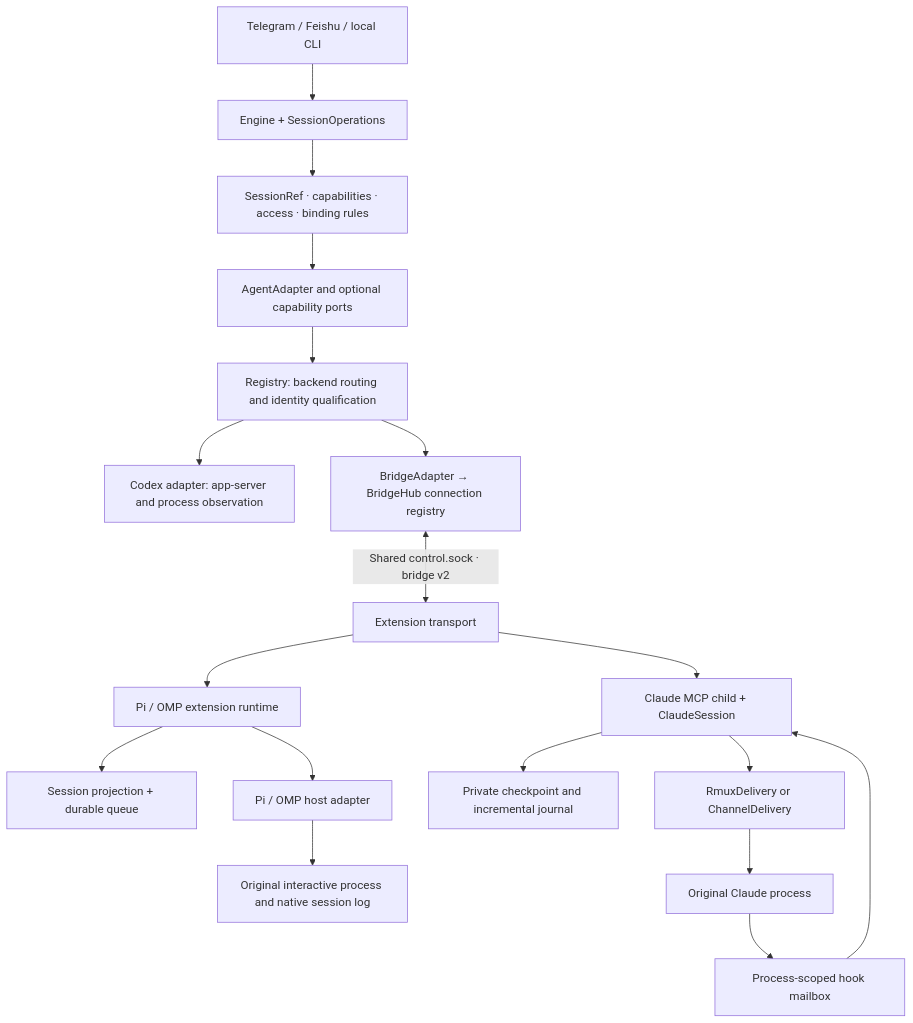
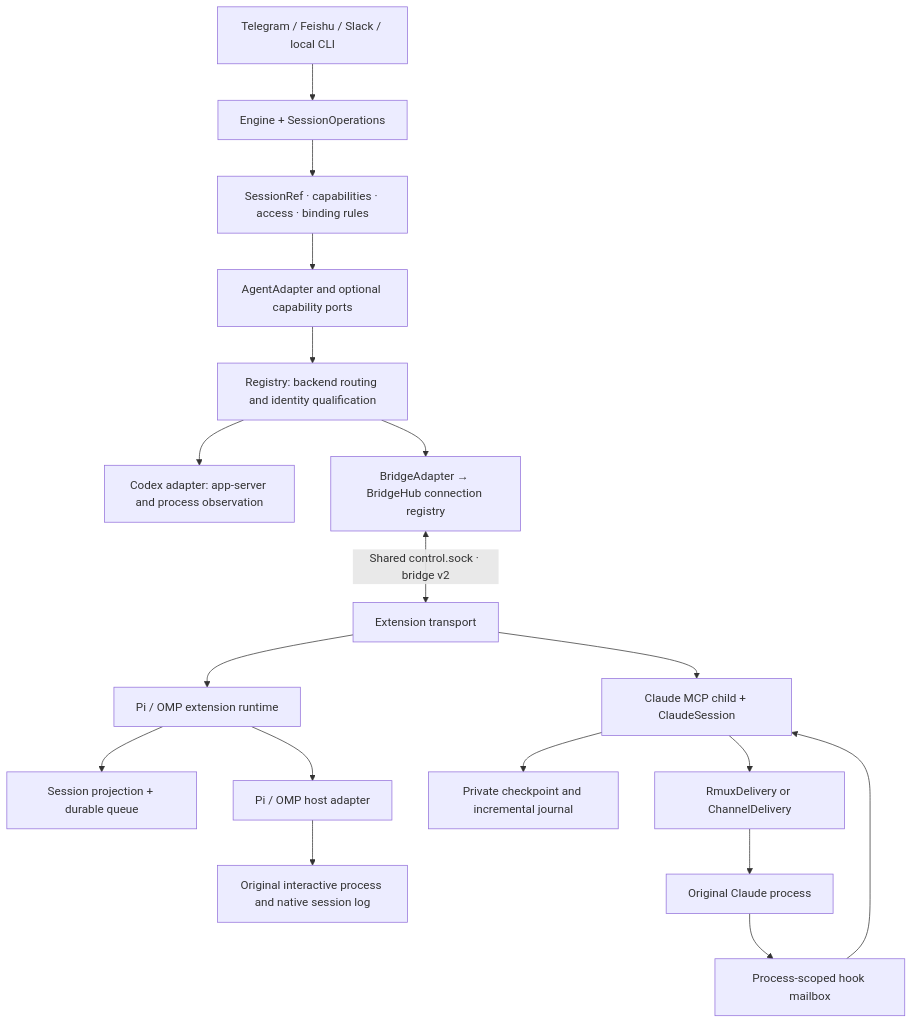
One commit to tenfyzhong/agentix changed the second of 4 diagrams in docs/architecture.md. Above: the diagram before and after it, drawn with Mermaid. The commit also changed other lines of this file and 65 other files, not shown here.

````diff
--- a/docs/architecture.md
+++ b/docs/architecture.md
@@ -74,20 +74,20 @@
 ```mermaid
 flowchart TB
-    UI["Telegram / Feishu / local CLI"] --> APP["Engine + SessionOperations"]
+    UI["Telegram / Feishu / Slack / local CLI"] --> APP["Engine + SessionOperations"]
     APP --> DOMAIN["SessionRef · capabilities · access · binding rules"]
     DOMAIN --> PORTS["AgentAdapter and optional capability ports"]
     PORTS --> REG["Registry: backend routing and identity qualification"]
     REG --> CODEX["Codex adapter: app-server and process observation"]
     REG --> BRIDGE["BridgeAdapter → BridgeHub connection registry"]
     BRIDGE <-->|"Shared control.sock · bridge v2"| TRANSPORT["Extension transport"]
     TRANSPORT --> RUNTIME["Pi / OMP extension runtime"]
     RUNTIME --> STATE["Session projection + durable queue"]
     RUNTIME --> HOST["Pi / OMP host adapter"]
     HOST --> NATIVE["Original interactive process and native session log"]
     TRANSPORT --> CLAUDE["Claude MCP child + ClaudeSession"]
     CLAUDE --> STORE["Private checkpoint and incremental journal"]
     CLAUDE --> INPUT["RmuxDelivery or ChannelDelivery"]
     INPUT --> CC["Original Claude process"]
     CC --> HOOKS["Process-scoped hook mailbox"]
     HOOKS --> CLAUDE
 ```
````
